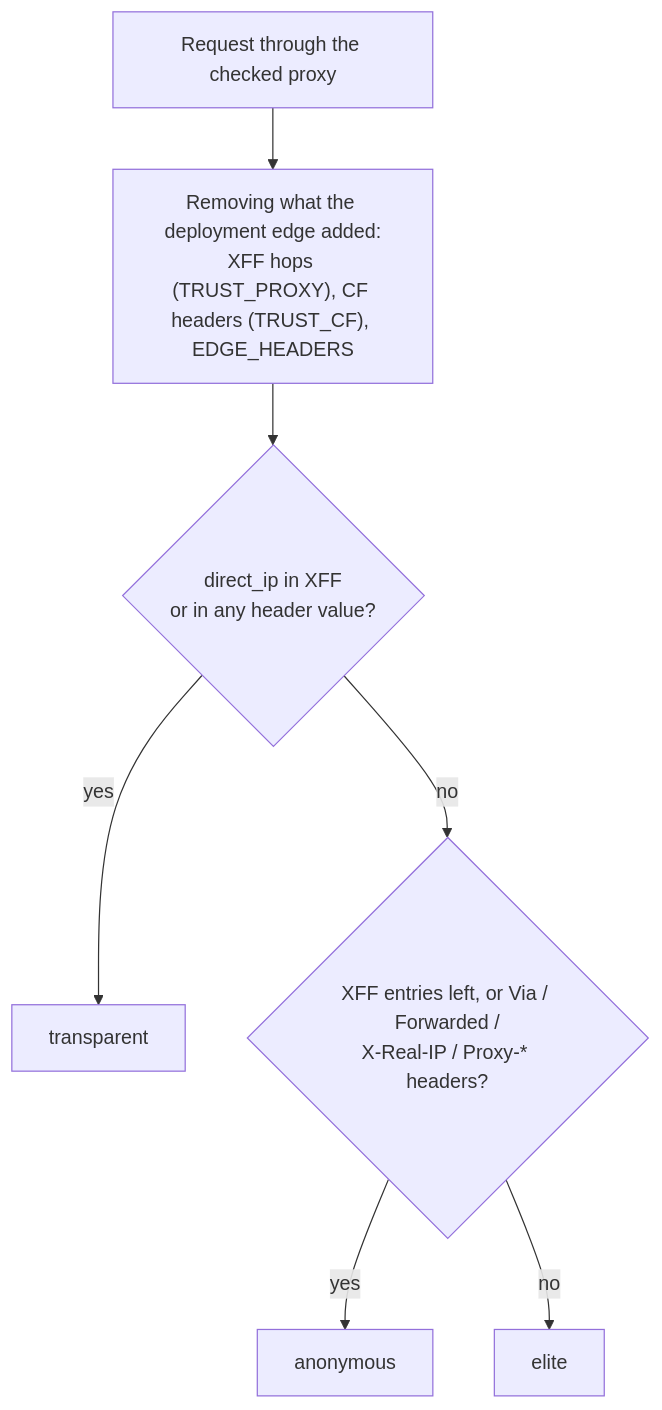
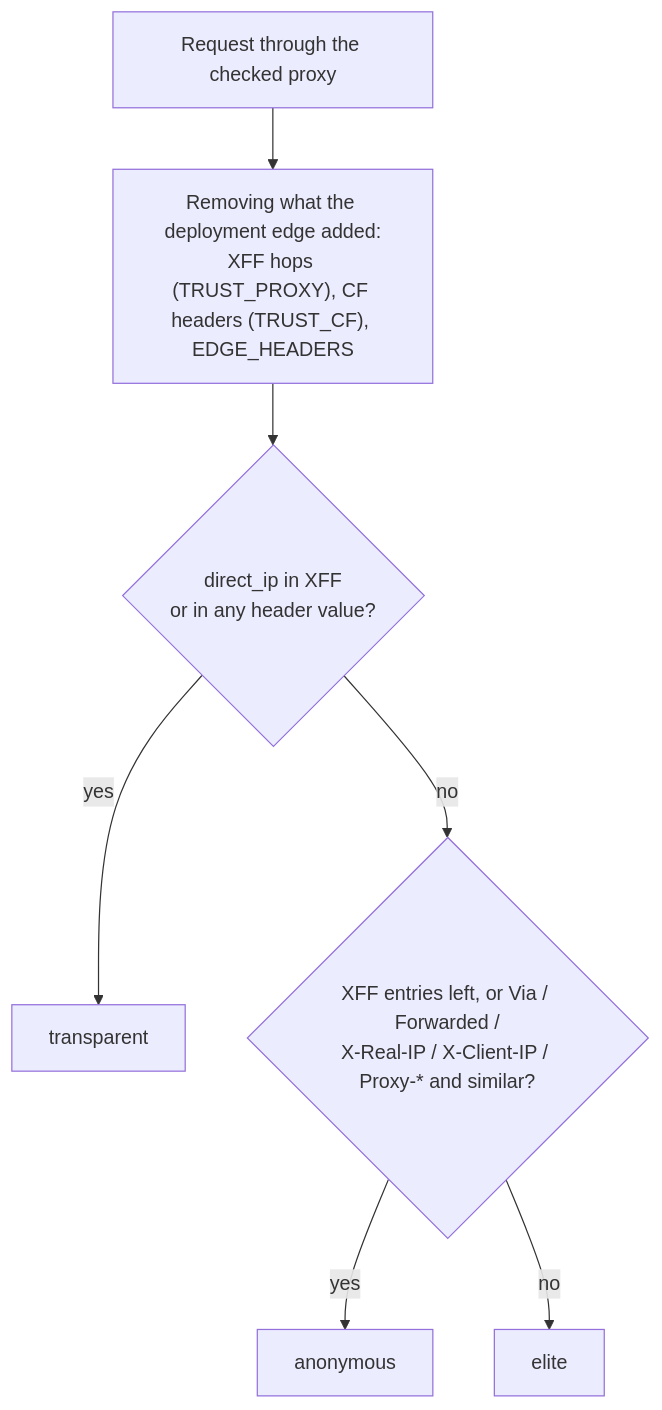
The diagram in README.md (nechel12/proxpulse-judge), drawn with Mermaid before and after one commit. The commit also changed other lines of this file and 3 other files, not shown here.

First line of the commit message:
fix: count Client-IP and similar headers as proxy telltales

````diff
--- a/README.md
+++ b/README.md
@@ -326,9 +326,9 @@
 ```mermaid
 flowchart TD
     A[Request through the checked proxy] --> B["Removing what the deployment edge added:<br/>XFF hops (TRUST_PROXY), CF headers (TRUST_CF), EDGE_HEADERS"]
     B --> C{"direct_ip in XFF<br/>or in any header value?"}
     C -- yes --> T[transparent]
-    C -- no --> D{"XFF entries left, or Via / Forwarded /<br/>X-Real-IP / Proxy-* headers?"}
+    C -- no --> D{"XFF entries left, or Via / Forwarded /<br/>X-Real-IP / X-Client-IP / Proxy-* and similar?"}
     D -- yes --> N[anonymous]
     D -- no --> E[elite]
 ```
````
